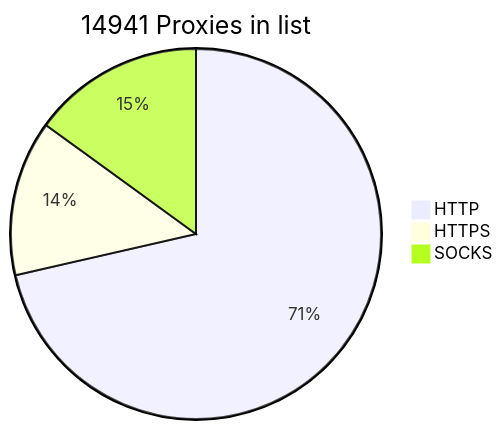
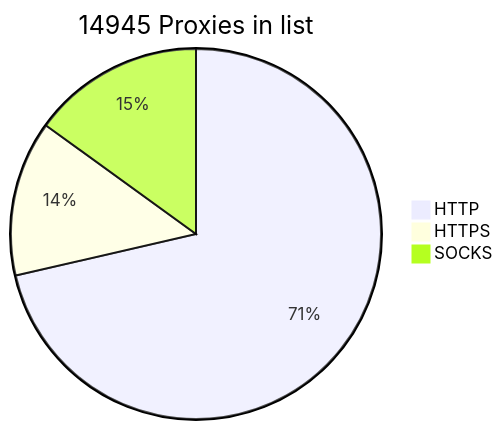
Before and after one commit to BlackSnowDot/proxylist-update-every-minute: the diagram in README.md, drawn with Mermaid.

````diff
--- a/README.md
+++ b/README.md
@@ -2,6 +2,6 @@
 ```mermaid
-pie title 14941 Proxies in list
+pie title 14945 Proxies in list
     "HTTP" : 11163
     "HTTPS": 2121
-    "SOCKS" : 2346
+    "SOCKS" : 2350
 ```
````
